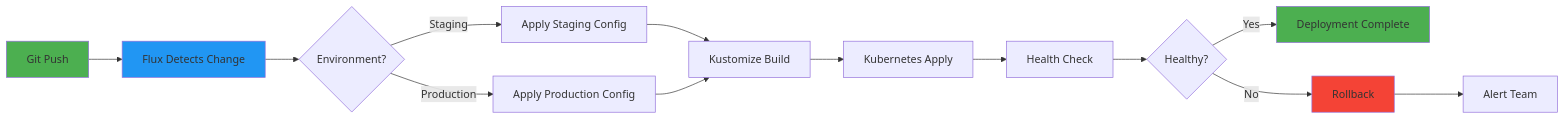
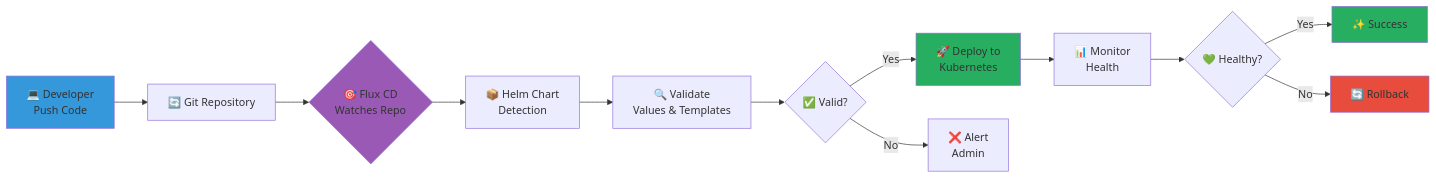
The fifth of 12 diagrams in README.md (Saoudyahya/Flux-gitops-Market-Impact-Analysis-system), drawn with Mermaid before and after one commit. The commit also changed other lines of this file, not shown here.

````diff
--- a/README.md
+++ b/README.md
@@ -135,20 +468,20 @@
 ```mermaid
 graph LR
-    A[Git Push] --> B[Flux Detects Change]
-    B --> C{Environment?}
-    C -->|Staging| D[Apply Staging Config]
-    C -->|Production| E[Apply Production Config]
-    D --> F[Kustomize Build]
-    E --> F
-    F --> G[Kubernetes Apply]
-    G --> H[Health Check]
-    H --> I{Healthy?}
-    I -->|Yes| J[Deployment Complete]
-    I -->|No| K[Rollback]
-    K --> L[Alert Team]
-
-    style A fill:#4CAF50
-    style B fill:#2196F3
-    style J fill:#4CAF50
-    style K fill:#F44336
+    A[💻 Developer<br/>Push Code] --> B[🔄 Git Repository]
+    B --> C{🎯 Flux CD<br/>Watches Repo}
+    C --> D[📦 Helm Chart<br/>Detection]
+    D --> E[🔍 Validate<br/>Values & Templates]
+    E --> F{✅ Valid?}
+    F -->|Yes| G[🚀 Deploy to<br/>Kubernetes]
+    F -->|No| H[❌ Alert<br/>Admin]
+    G --> I[📊 Monitor<br/>Health]
+    I --> J{💚 Healthy?}
+    J -->|Yes| K[✨ Success]
+    J -->|No| L[🔄 Rollback]
+    
+    style A fill:#3498DB
+    style C fill:#9B59B6
+    style G fill:#27AE60
+    style K fill:#27AE60
+    style L fill:#E74C3C
 ```
````
